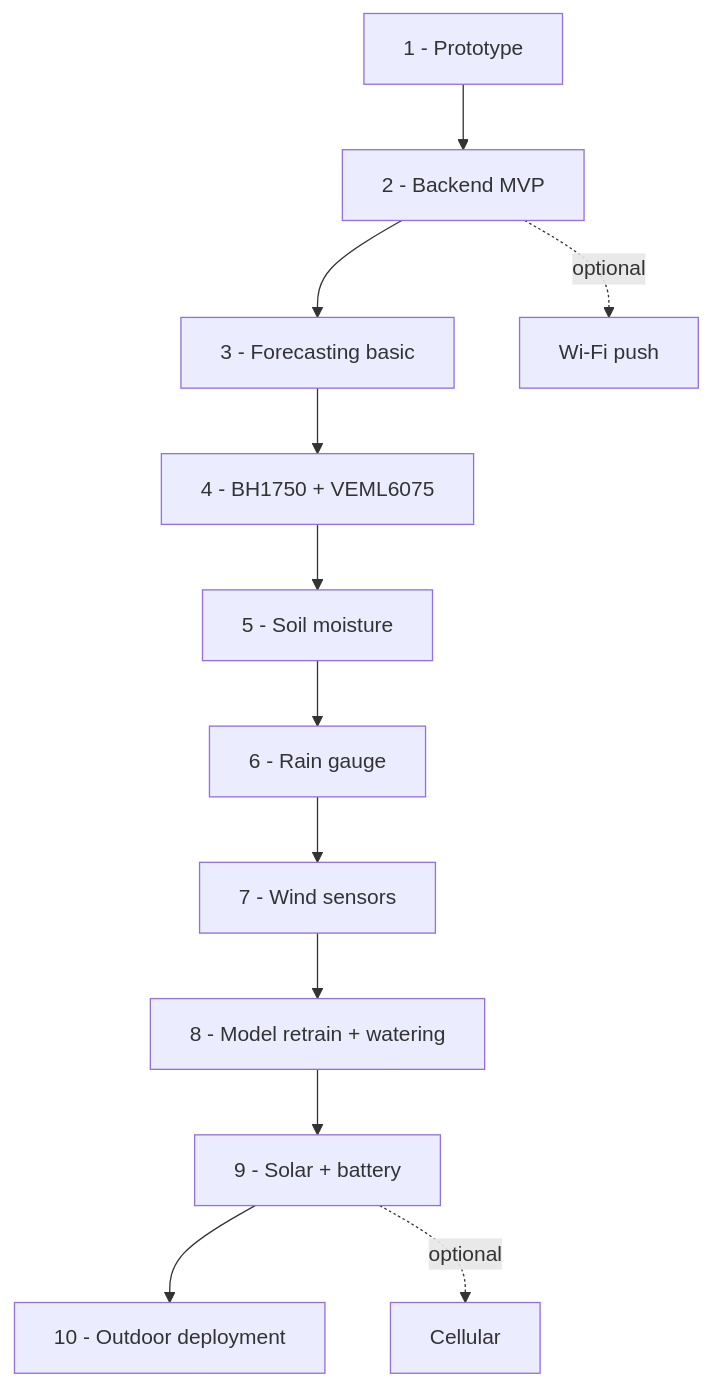
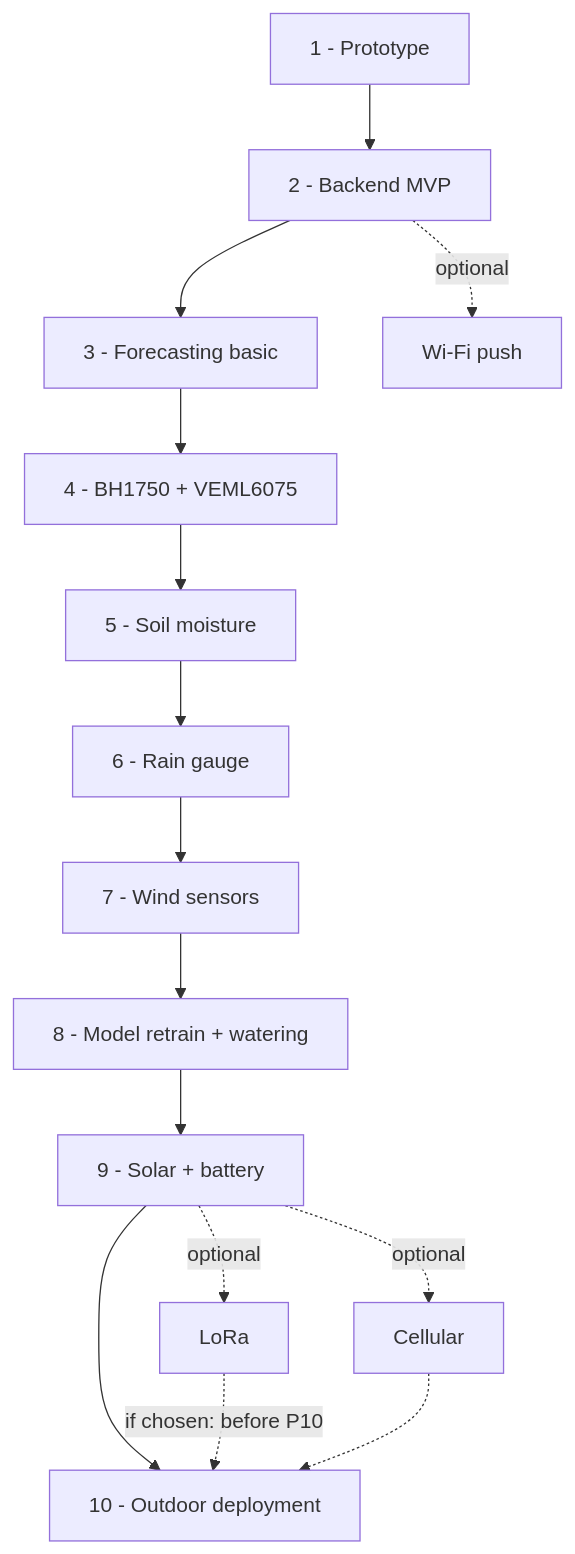
The diagram in ROADMAP.md (wg1d/personal-autonomous-weather-station), drawn with Mermaid before and after one commit. The commit also changed other lines of this file and 2 other files, not shown here.

````diff
--- a/ROADMAP.md
+++ b/ROADMAP.md
@@ -28,14 +29,17 @@
 ```mermaid
 flowchart TD
     P1[1 - Prototype] --> P2[2 - Backend MVP]
     P2 --> P3[3 - Forecasting basic]
     P3 --> P4[4 - BH1750 + VEML6075]
     P4 --> P5[5 - Soil moisture]
     P5 --> P6[6 - Rain gauge]
     P6 --> P7[7 - Wind sensors]
     P7 --> P8[8 - Model retrain + watering]
     P8 --> P9[9 - Solar + battery]
     P9 --> P10[10 - Outdoor deployment]
     P2 -. optional .-> OWifi[Wi-Fi push]
+    P9 -. optional .-> OLora[LoRa]
     P9 -. optional .-> OCellular[Cellular]
+    OLora -. if chosen: before P10 .-> P10
+    OCellular .-> P10
 ```
````
